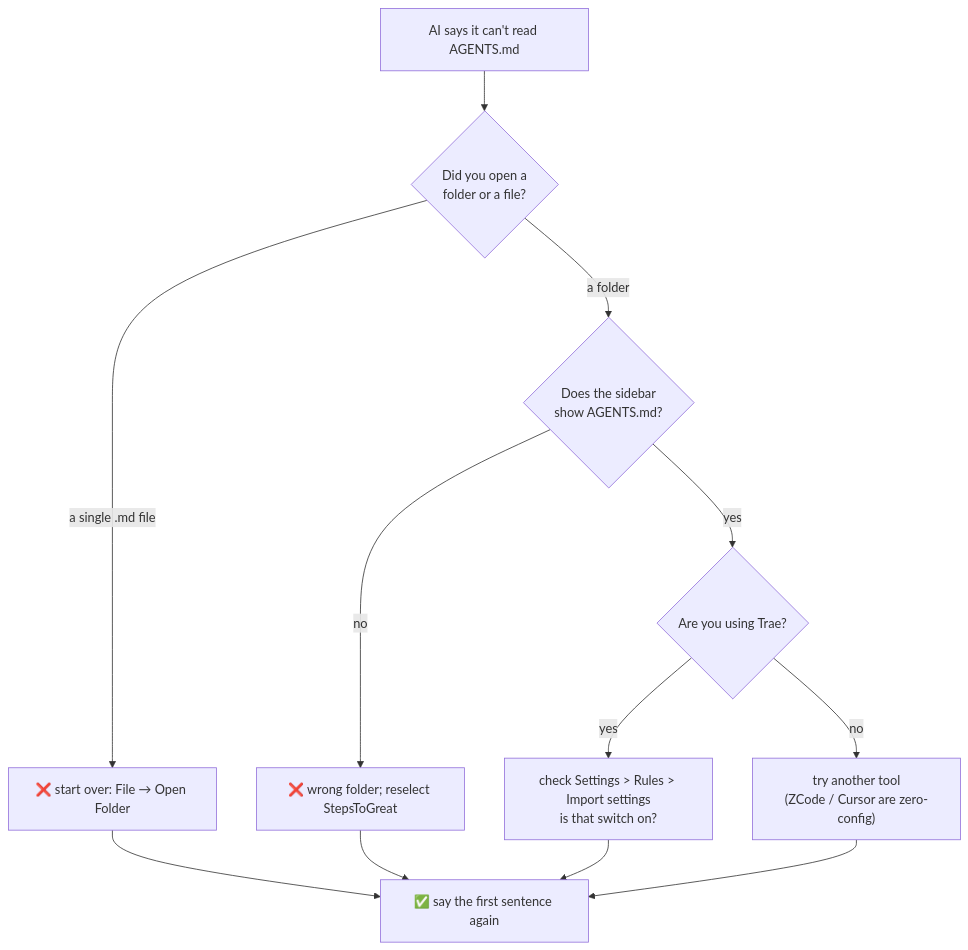
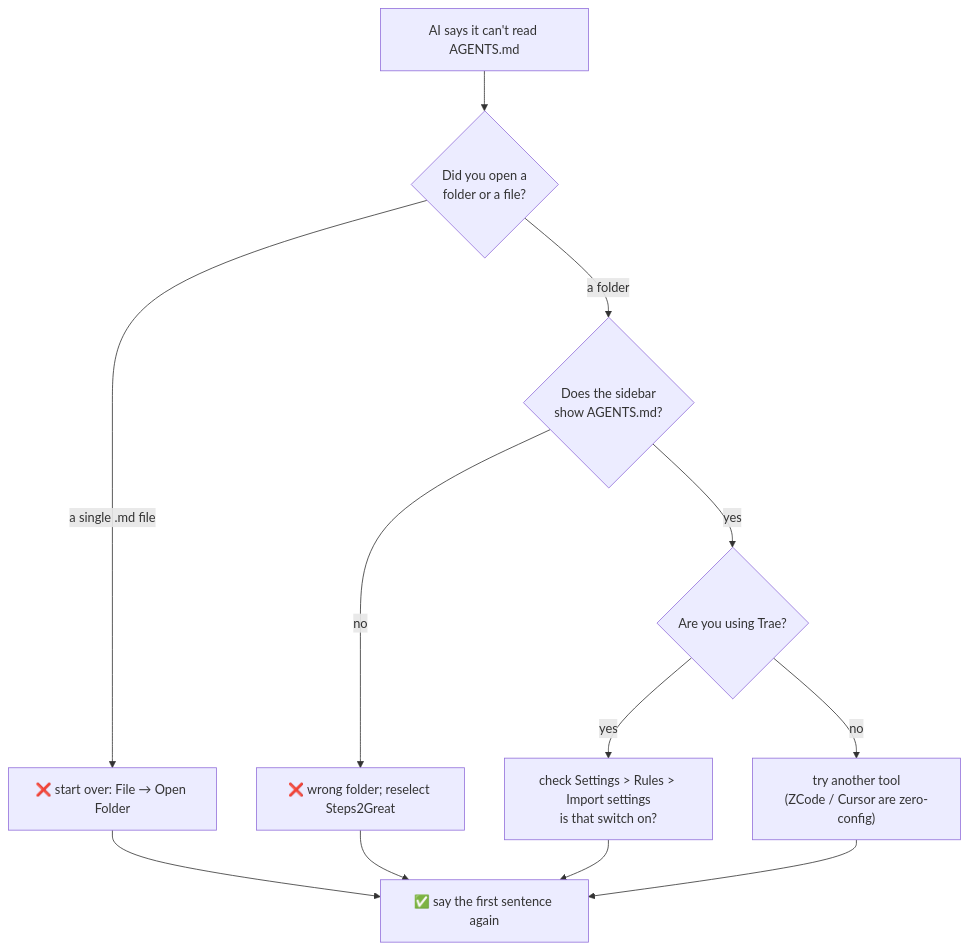
The third of 3 diagrams in 教程/ui-mockups.en.md (wildcat430524/StepsToGreat), drawn with Mermaid before and after one commit. The commit also changed other lines of this file and 32 other files, not shown here.

First line of the commit message:
rename: StepsToGreat -> Steps2Great

````diff
--- a/教程/ui-mockups.en.md
+++ b/教程/ui-mockups.en.md
@@ -334,14 +334,14 @@
 ```mermaid
 flowchart TD
     P["AI says it can't read AGENTS.md"] --> Q1{"Did you open a<br/>folder or a file?"}
     Q1 -->|"a single .md file"| A1["❌ start over: File → Open Folder"]
     Q1 -->|"a folder"| Q2{"Does the sidebar<br/>show AGENTS.md?"}
-    Q2 -->|"no"| A2["❌ wrong folder; reselect StepsToGreat"]
+    Q2 -->|"no"| A2["❌ wrong folder; reselect Steps2Great"]
     Q2 -->|"yes"| Q3{"Are you using Trae?"}
     Q3 -->|"yes"| A3["check Settings > Rules > Import settings<br/>is that switch on?"]
     Q3 -->|"no"| A4["try another tool<br/>(ZCode / Cursor are zero-config)"]
     A1 --> OK["✅ say the first sentence again"]
     A2 --> OK
     A3 --> OK
     A4 --> OK
 ```
````
